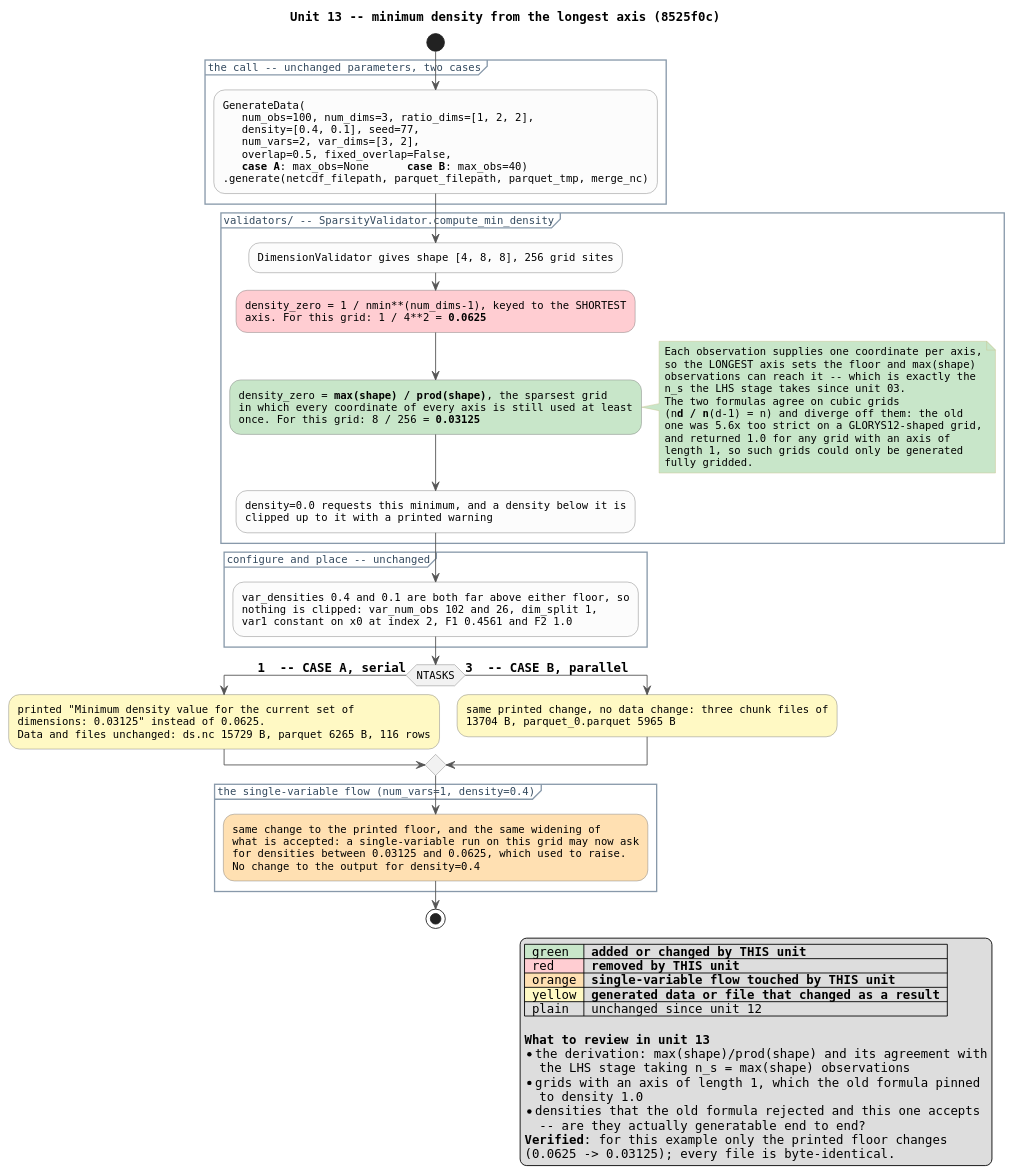
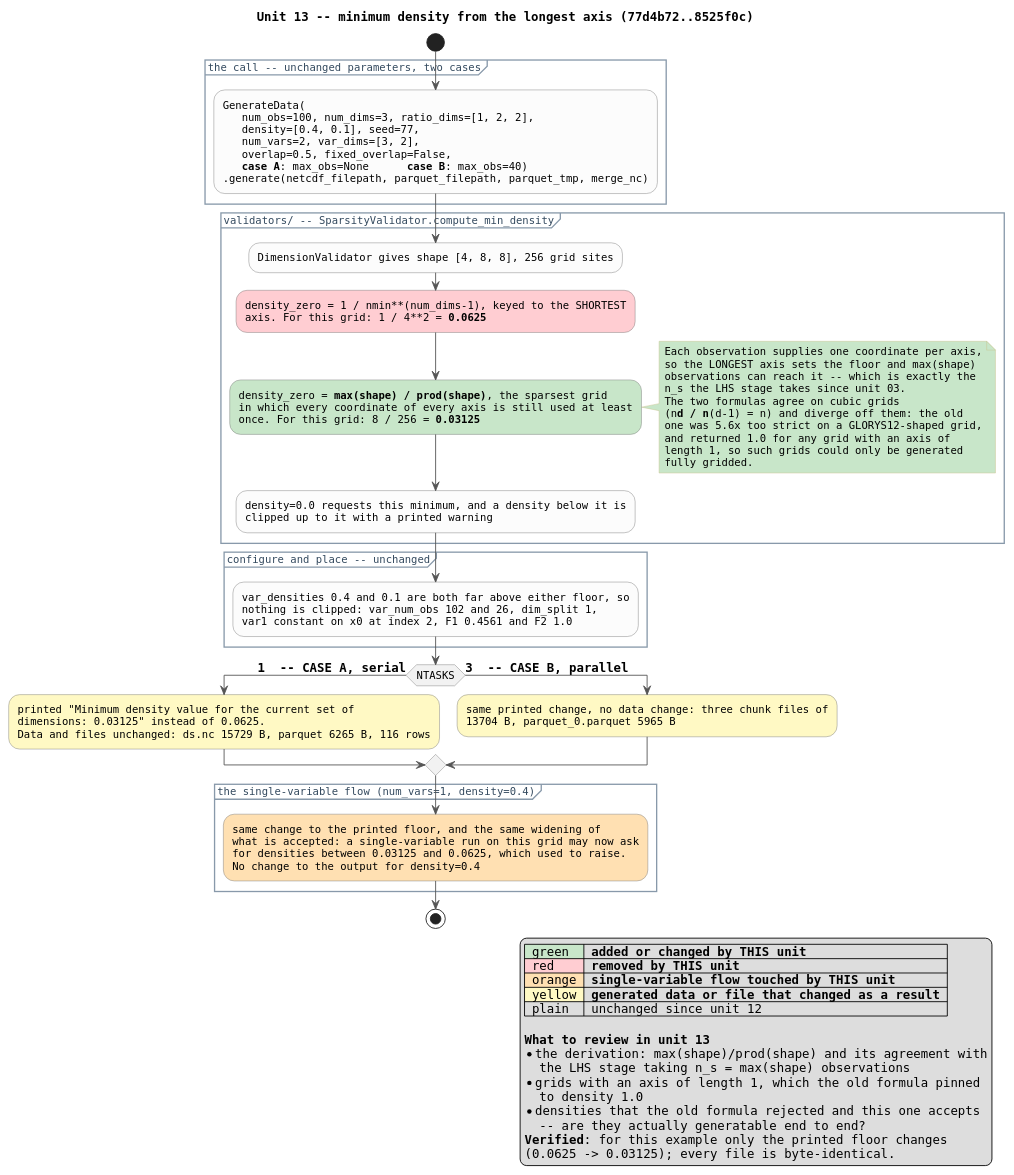
The diagram in docs/review_13_min_density.puml (boom-lab/tabray), drawn with PlantUML before and after one commit. The commit also changed 19 other files, not shown here.

Commit message:
update puml diagrams for review

```diff
--- a/docs/review_13_min_density.puml
+++ b/docs/review_13_min_density.puml
@@ -1,105 +1,105 @@
 @startuml review_13_min_density
 ' Review unit 13 of 15 -- see docs/review_diagrams.md for the series.
 ' State AFTER commit 8525f0c (src +171/-43 including tests).
 ' Every number below is from a run of the two cases at commit 8525f0c.
 ' Render: plantuml docs/review_13_min_density.puml
 
-title Unit 13 -- minimum density from the longest axis (8525f0c)
+title Unit 13 -- minimum density from the longest axis (77d4b72..8525f0c)
 
 skinparam shadowing false
 skinparam defaultFontName Monospaced
 skinparam defaultFontSize 12
 skinparam ArrowColor #555555
 skinparam activity {
   BackgroundColor #FCFCFC
   BorderColor #777777
   DiamondBackgroundColor #F2F2F2
   DiamondBorderColor #777777
 }
 skinparam partition {
   BorderColor #8899AA
   FontColor #33495E
 }
 skinparam note {
   BackgroundColor #FFFDF0
   BorderColor #C8C08A
 }
 
 start
 
 partition "the call -- unchanged parameters, two cases" {
   :GenerateData(
      num_obs=100, num_dims=3, ratio_dims=[1, 2, 2],
      density=[0.4, 0.1], seed=77,
      num_vars=2, var_dims=[3, 2],
      overlap=0.5, fixed_overlap=False,
      <b>case A</b>: max_obs=None      <b>case B</b>: max_obs=40)
   .generate(netcdf_filepath, parquet_filepath, parquet_tmp, merge_nc);
 }
 
 partition "validators/ -- SparsityValidator.compute_min_density" {
   :DimensionValidator gives shape [4, 8, 8], 256 grid sites;
   #FFCDD2:density_zero = 1 / nmin**(num_dims-1), keyed to the SHORTEST
   axis. For this grid: 1 / 4**2 = <b>0.0625</b>;
   #C8E6C9:density_zero = <b>max(shape) / prod(shape)</b>, the sparsest grid
   in which every coordinate of every axis is still used at least
   once. For this grid: 8 / 256 = <b>0.03125</b>;
   note right #C8E6C9
     Each observation supplies one coordinate per axis,
     so the LONGEST axis sets the floor and max(shape)
     observations can reach it -- which is exactly the
     n_s the LHS stage takes since unit 03.
     The two formulas agree on cubic grids
     (n**d / n**(d-1) = n) and diverge off them: the old
     one was 5.6x too strict on a GLORYS12-shaped grid,
     and returned 1.0 for any grid with an axis of
     length 1, so such grids could only be generated
     fully gridded.
   end note
   :density=0.0 requests this minimum, and a density below it is
   clipped up to it with a printed warning;
 }
 
 partition "configure and place -- unchanged" {
   :var_densities 0.4 and 0.1 are both far above either floor, so
   nothing is clipped: var_num_obs 102 and 26, dim_split 1,
   var1 constant on x0 at index 2, F1 0.4561 and F2 1.0;
 }
 
 if (NTASKS) then (== 1  -- CASE A, serial)
   #FFF9C4:printed "Minimum density value for the current set of
   dimensions: 0.03125" instead of 0.0625.
   Data and files unchanged: ds.nc 15729 B, parquet 6265 B, 116 rows;
 else (== 3  -- CASE B, parallel)
   #FFF9C4:same printed change, no data change: three chunk files of
   13704 B, parquet_0.parquet 5965 B;
 endif
 
 partition "the single-variable flow (num_vars=1, density=0.4)" {
   #FFE0B2:same change to the printed floor, and the same widening of
   what is accepted: a single-variable run on this grid may now ask
   for densities between 0.03125 and 0.0625, which used to raise.
   No change to the output for density=0.4;
 }
 
 stop
 
 legend right
   |<#C8E6C9> green |= added or changed by THIS unit |
   |<#FFCDD2> red |= removed by THIS unit |
   |<#FFE0B2> orange |= single-variable flow touched by THIS unit |
   |<#FFF9C4> yellow |= generated data or file that changed as a result |
   | plain | unchanged since unit 12 |
 
   <b>What to review in unit 13</b>
   * the derivation: max(shape)/prod(shape) and its agreement with
     the LHS stage taking n_s = max(shape) observations
   * grids with an axis of length 1, which the old formula pinned
     to density 1.0
   * densities that the old formula rejected and this one accepts
     -- are they actually generatable end to end?
   <b>Verified</b>: for this example only the printed floor changes
   (0.0625 -> 0.03125); every file is byte-identical.
 end legend
 
 @enduml
```
